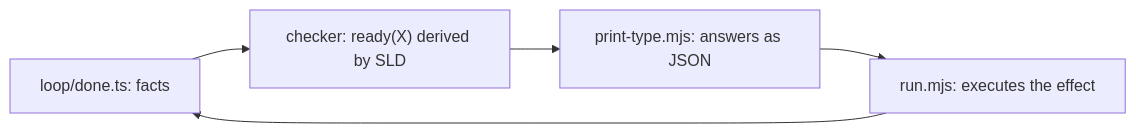
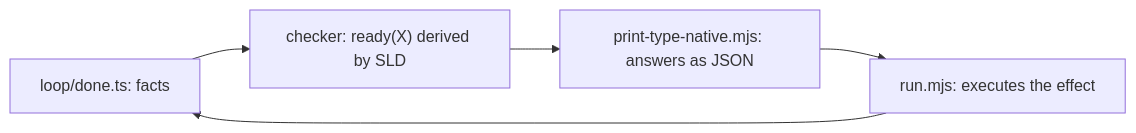
The diagram in README.md (hafley66/ts-prolog), drawn with Mermaid before and after one commit. The commit also changed other lines of this file, not shown here.

````diff
--- a/README.md
+++ b/README.md
@@ -227,7 +142,7 @@
 ```mermaid
 flowchart LR
   DB["loop/done.ts: facts"] --> TC["checker: ready(X) derived by SLD"]
-  TC --> EX["print-type.mjs: answers as JSON"]
+  TC --> EX["print-type-native.mjs: answers as JSON"]
   EX --> RUN["run.mjs: executes the effect"]
   RUN --> DB
 ```
````
